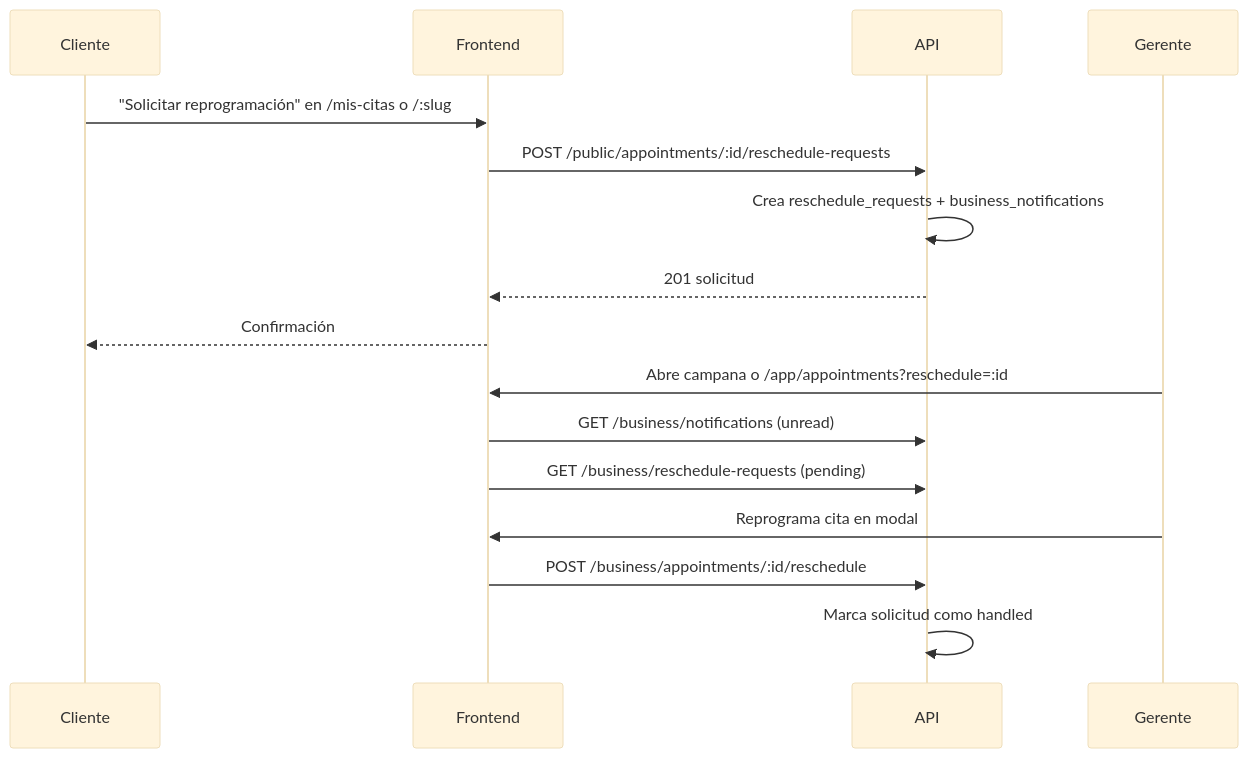
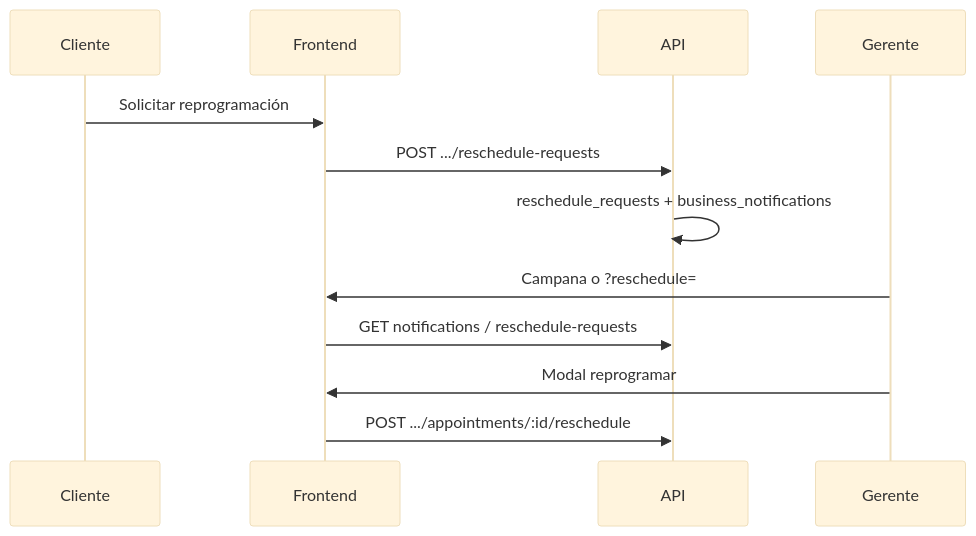
The fourth of 8 diagrams in docs/sustentacion-turnify.md (Edwardortiz117/Turnify_Frontend), drawn with Mermaid (base theme) before and after one commit. The commit also changed other lines of this file and 10 other files, not shown here.

````diff
--- a/docs/sustentacion-turnify.md
+++ b/docs/sustentacion-turnify.md
@@ -225,20 +285,14 @@
 ```mermaid
 sequenceDiagram
   participant C as Cliente
   participant F as Frontend
   participant A as API
   participant G as Gerente
-
-  C->>F: "Solicitar reprogramación" en /mis-citas o /:slug
-  F->>A: POST /public/appointments/:id/reschedule-requests
-  A->>A: Crea reschedule_requests + business_notifications
-  A-->>F: 201 solicitud
-  F-->>C: Confirmación
-
-  G->>F: Abre campana o /app/appointments?reschedule=:id
-  F->>A: GET /business/notifications (unread)
-  F->>A: GET /business/reschedule-requests (pending)
-  G->>F: Reprograma cita en modal
-  F->>A: POST /business/appointments/:id/reschedule
-  A->>A: Marca solicitud como handled
+  C->>F: Solicitar reprogramación
+  F->>A: POST .../reschedule-requests
+  A->>A: reschedule_requests + business_notifications
+  G->>F: Campana o ?reschedule=
+  F->>A: GET notifications / reschedule-requests
+  G->>F: Modal reprogramar
+  F->>A: POST .../appointments/:id/reschedule
 ```
````
